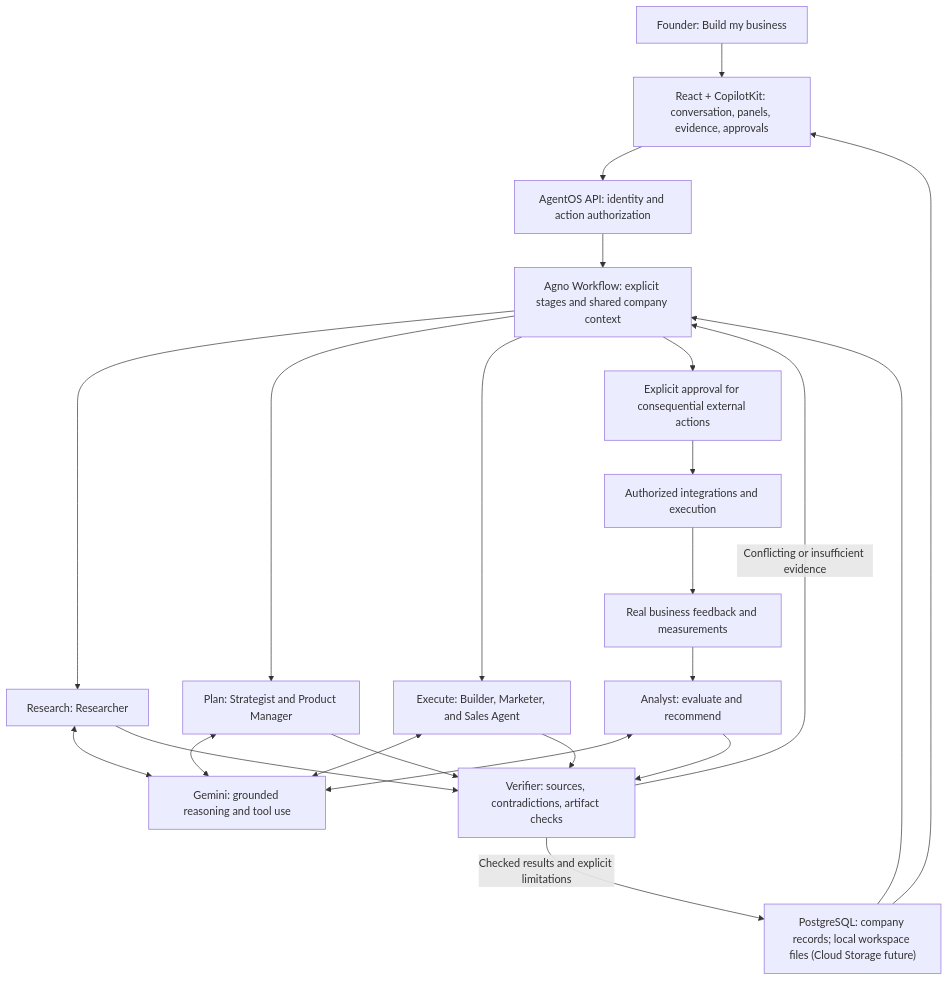
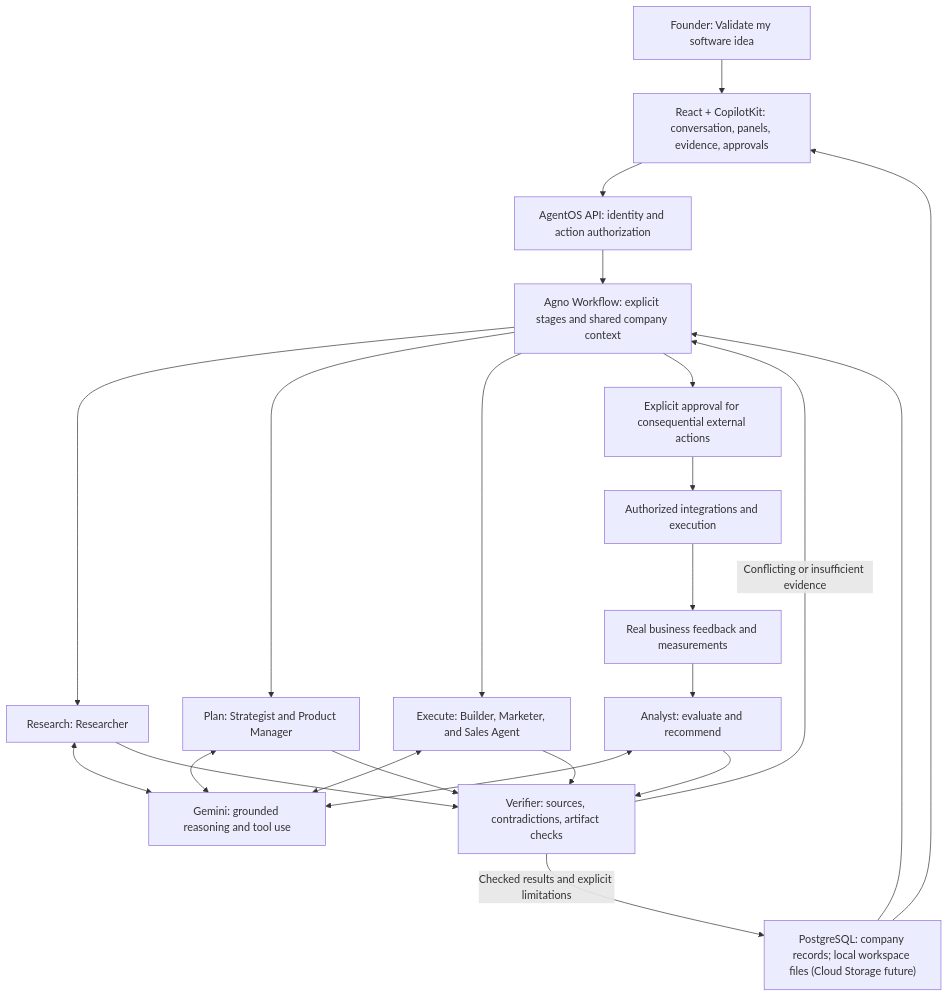
The diagram in README.md (OveRide-Phoenix/team-samurai), drawn with Mermaid before and after one commit. The commit also changed other lines of this file and 56 other files, not shown here.

Commit message:
feat: make software idea validation chat-first in the actual app

````diff
--- a/README.md
+++ b/README.md
@@ -80,25 +97,25 @@
 ```mermaid
 flowchart TD
-    Founder["Founder: Build my business"] --> Workspace["React + CopilotKit: conversation, panels, evidence, approvals"]
+    Founder["Founder: Validate my software idea"] --> Workspace["React + CopilotKit: conversation, panels, evidence, approvals"]
     Workspace --> Boundary["AgentOS API: identity and action authorization"]
     Boundary --> Orchestrator["Agno Workflow: explicit stages and shared company context"]
     Orchestrator --> Research["Research: Researcher"]
     Orchestrator --> Plan["Plan: Strategist and Product Manager"]
     Orchestrator --> Execute["Execute: Builder, Marketer, and Sales Agent"]
     Research <--> Gemini["Gemini: grounded reasoning and tool use"]
     Plan <--> Gemini
     Execute <--> Gemini
     Research --> Verifier["Verifier: sources, contradictions, artifact checks"]
     Plan --> Verifier
     Execute --> Verifier
     Verifier -->|"Conflicting or insufficient evidence"| Orchestrator
     Verifier -->|"Checked results and explicit limitations"| State["PostgreSQL: company records; local workspace files (Cloud Storage future)"]
     State --> Workspace
     State --> Orchestrator
     Orchestrator --> Approval["Explicit approval for consequential external actions"]
     Approval --> Tools["Authorized integrations and execution"]
     Tools --> Measurements["Real business feedback and measurements"]
     Measurements --> Analyst["Analyst: evaluate and recommend"]
     Analyst <--> Gemini
     Analyst --> Verifier
 ```
````
